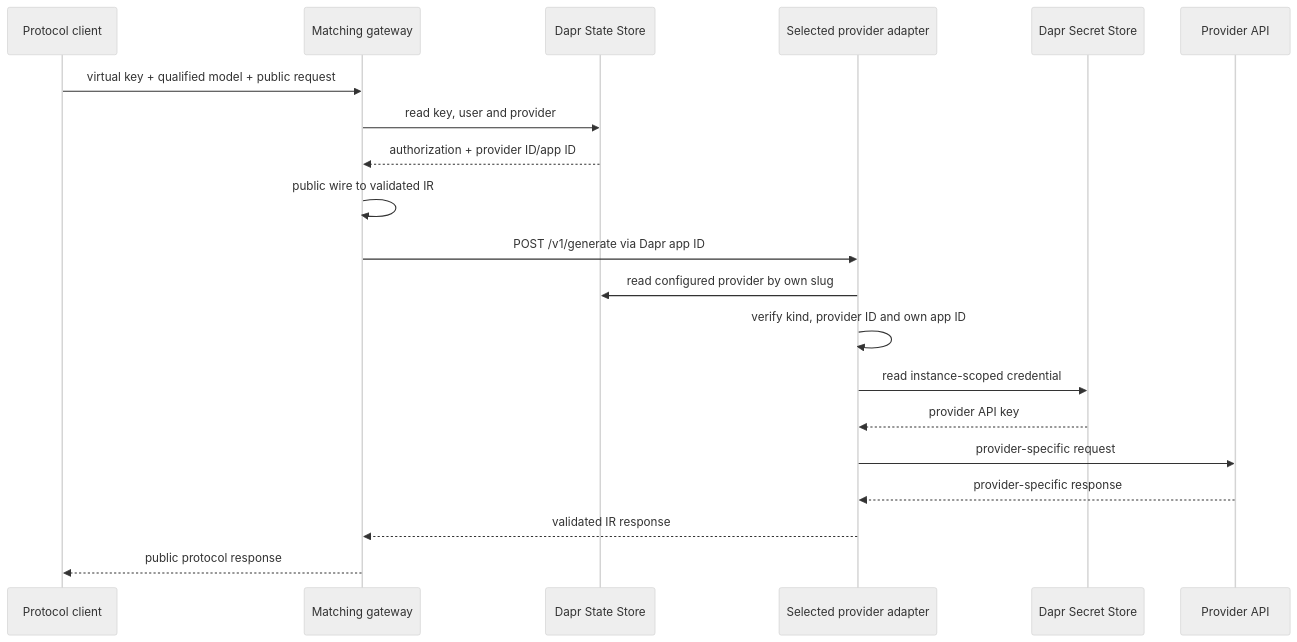
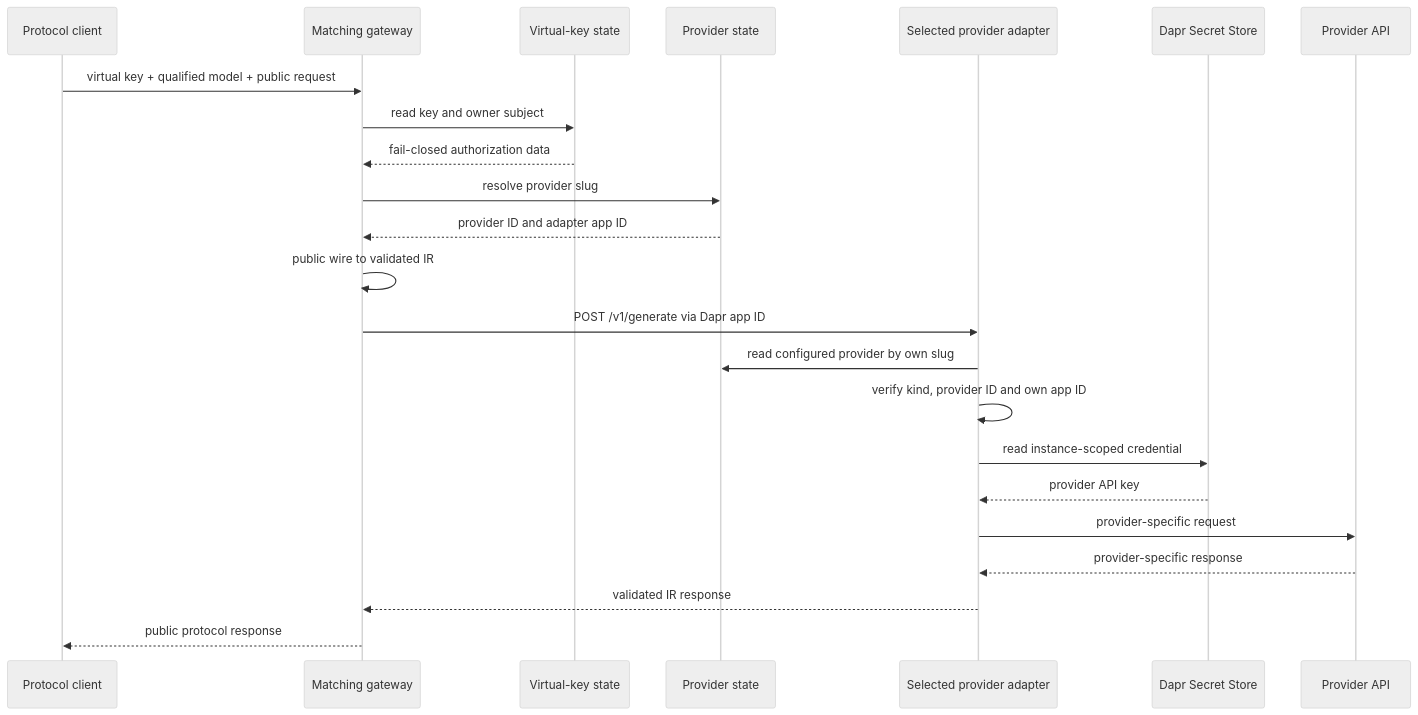
Before and after one commit to Albe83/gwai: the diagram in docs/architecture.md, drawn with Mermaid (neutral theme). The commit also changed other lines of this file and 49 other files, not shown here.

````diff
--- a/docs/architecture.md
+++ b/docs/architecture.md
@@ -39,23 +41,26 @@
 ```mermaid
 sequenceDiagram
     participant C as Protocol client
     participant G as Matching gateway
-    participant S as Dapr State Store
+    participant K as Virtual-key state
+    participant R as Provider state
     participant A as Selected provider adapter
     participant D as Dapr Secret Store
     participant P as Provider API
 
     C->>G: virtual key + qualified model + public request
-    G->>S: read key, user and provider
-    S-->>G: authorization + provider ID/app ID
+    G->>K: read key and owner subject
+    K-->>G: fail-closed authorization data
+    G->>R: resolve provider slug
+    R-->>G: provider ID and adapter app ID
     G->>G: public wire to validated IR
     G->>A: POST /v1/generate via Dapr app ID
-    A->>S: read configured provider by own slug
+    A->>R: read configured provider by own slug
     A->>A: verify kind, provider ID and own app ID
     A->>D: read instance-scoped credential
     D-->>A: provider API key
     A->>P: provider-specific request
     P-->>A: provider-specific response
     A-->>G: validated IR response
     G-->>C: public protocol response
 ```
````
